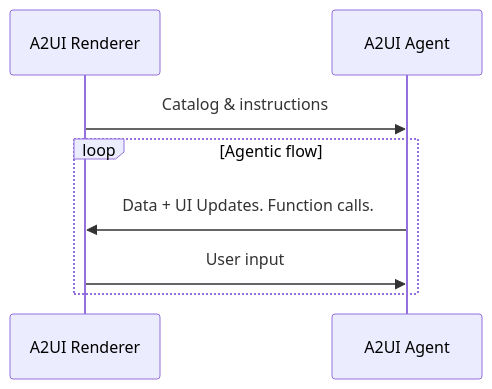
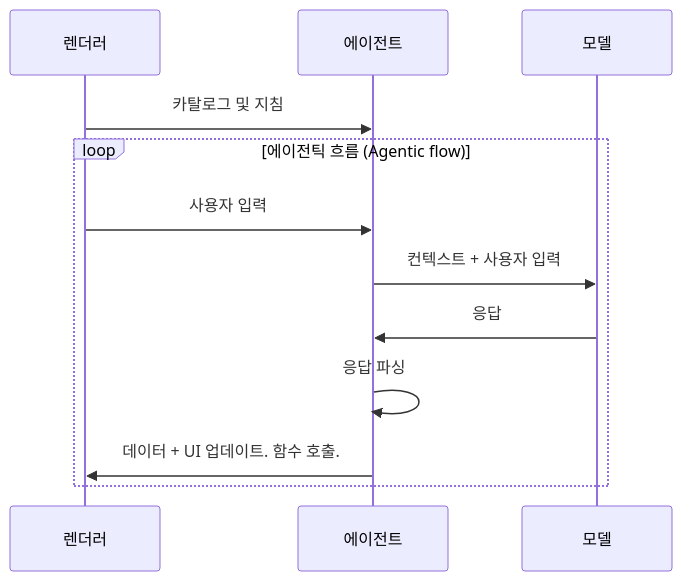
The first of 2 diagrams in docs/public/concepts/glossary.md (a2ui-labs/docs-ko), drawn with Mermaid before and after one commit. The commit also changed other lines of this file and 145 other files, not shown here.

````diff
--- a/docs/public/concepts/glossary.md
+++ b/docs/public/concepts/glossary.md
@@ -17,12 +23,16 @@
 ```mermaid
 sequenceDiagram
-    participant Renderer as A2UI Renderer
-    participant Agent as A2UI Agent
+    participant Renderer as 렌더러
+    participant Agent as 에이전트
+    participant Model as 모델
 
-    Renderer->>Agent: Catalog & instructions
+    Renderer->>Agent: 카탈로그 및 지침
 
-    loop Agentic flow
-        Agent->>Renderer: Data + UI Updates. Function calls.
-        Renderer->>Agent: User input
+    loop 에이전틱 흐름 (Agentic flow)
+        Renderer->>Agent: 사용자 입력
+        Agent->>Model: 컨텍스트 + 사용자 입력
+        Model->>Agent: 응답
+        Agent->>Agent: 응답 파싱
+        Agent->>Renderer: 데이터 + UI 업데이트. 함수 호출.
     end
 ```
````
